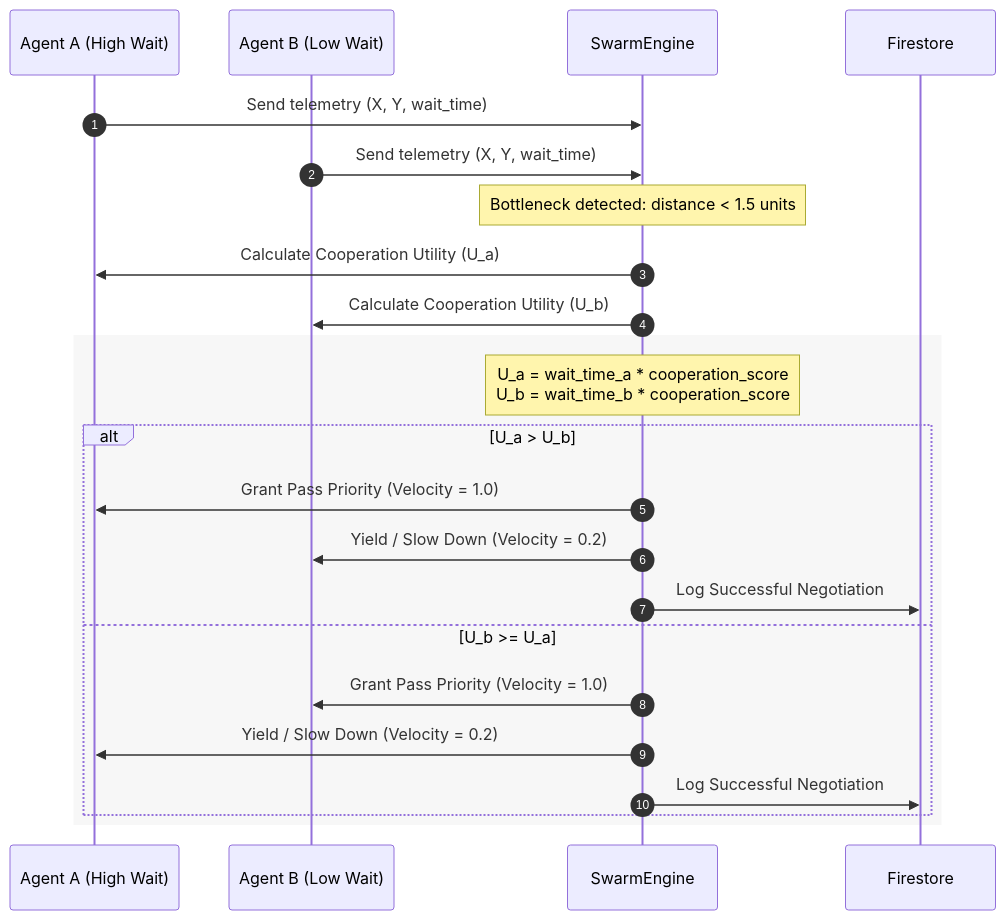
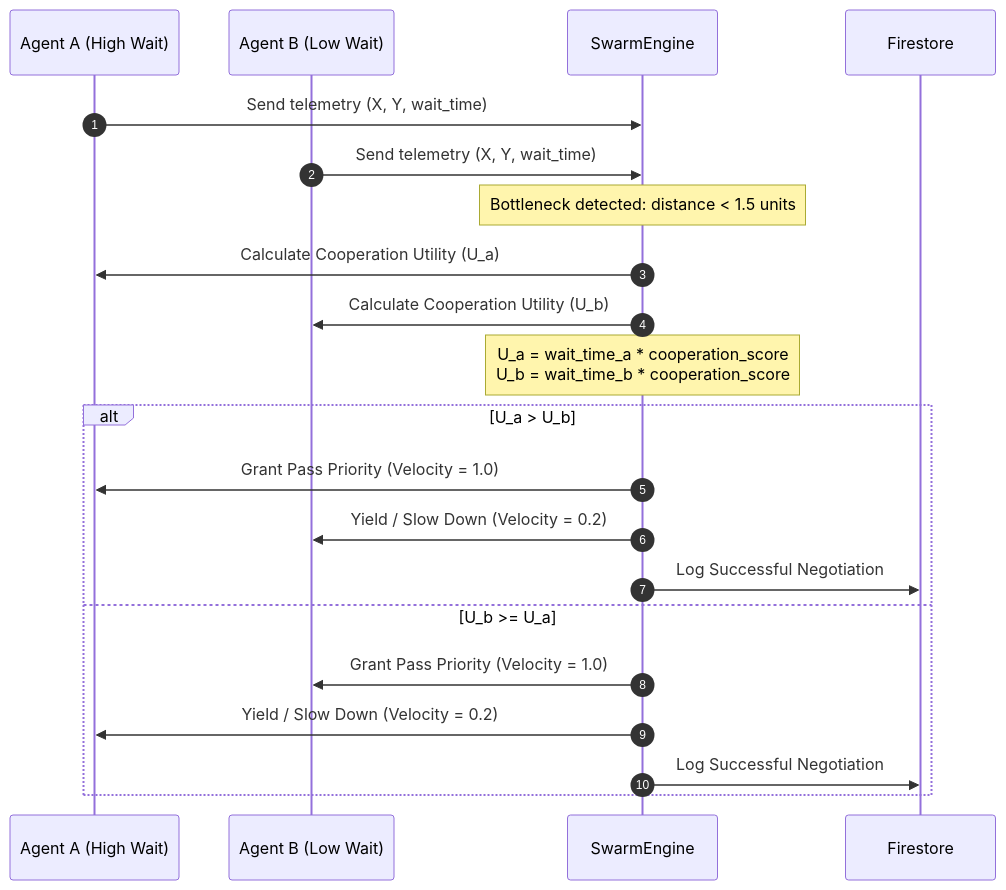
The second of 3 diagrams in README.md (Varshith10121901/Stadium-Controler), drawn with Mermaid before and after one commit. The commit also changed other lines of this file, not shown here.

Commit message:
docs: remove Mermaid subgraphs and sequence rect boxes to remove gray backgrounds

````diff
--- a/README.md
+++ b/README.md
@@ -54,27 +45,25 @@
 ```mermaid
 sequenceDiagram
     autonumber
     participant AgentA as Agent A (High Wait)
     participant AgentB as Agent B (Low Wait)
     participant Engine as SwarmEngine
     participant DB as Firestore
 
     AgentA->>Engine: Send telemetry (X, Y, wait_time)
     AgentB->>Engine: Send telemetry (X, Y, wait_time)
     Note over Engine: Bottleneck detected: distance < 1.5 units
     Engine->>AgentA: Calculate Cooperation Utility (U_a)
     Engine->>AgentB: Calculate Cooperation Utility (U_b)
     
-    rect rgba(100, 100, 100, 0.05)
-        Note over Engine: U_a = wait_time_a * cooperation_score<br/>U_b = wait_time_b * cooperation_score
-        alt U_a > U_b
-            Engine->>AgentA: Grant Pass Priority (Velocity = 1.0)
-            Engine->>AgentB: Yield / Slow Down (Velocity = 0.2)
-            Engine->>DB: Log Successful Negotiation
-        else U_b >= U_a
-            Engine->>AgentB: Grant Pass Priority (Velocity = 1.0)
-            Engine->>AgentA: Yield / Slow Down (Velocity = 0.2)
-            Engine->>DB: Log Successful Negotiation
-        end
+    Note over Engine: U_a = wait_time_a * cooperation_score<br/>U_b = wait_time_b * cooperation_score
+    alt U_a > U_b
+        Engine->>AgentA: Grant Pass Priority (Velocity = 1.0)
+        Engine->>AgentB: Yield / Slow Down (Velocity = 0.2)
+        Engine->>DB: Log Successful Negotiation
+    else U_b >= U_a
+        Engine->>AgentB: Grant Pass Priority (Velocity = 1.0)
+        Engine->>AgentA: Yield / Slow Down (Velocity = 0.2)
+        Engine->>DB: Log Successful Negotiation
     end
 ```
````
